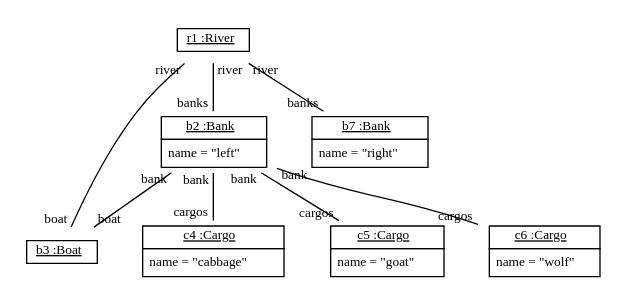
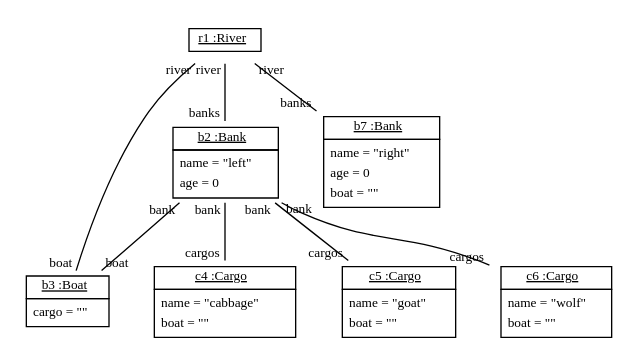
The diagram in doc/FerrymansProblemExample3.dot (fujaba/SDMLib), drawn with Graphviz before and after one commit. The commit also changed 78 other files, not shown here.

```diff
--- a/doc/FerrymansProblemExample3.dot
+++ b/doc/FerrymansProblemExample3.dot
@@ -1,21 +1,21 @@
 graph ObjectDiagram {
    node [shape = none, fontsize = 10];
    edge [fontsize = 10];
    compound=true;
 
 r1 [label=<<table border='0' cellborder='1' cellspacing='0'> <tr> <td href="../test/org/sdmlib/models/patterns/example/ferrmansproblem/River.java"> <u>r1 :River</u></td></tr></table>>];
-b2 [label=<<table border='0' cellborder='1' cellspacing='0'> <tr> <td href="../test/org/sdmlib/models/patterns/example/ferrmansproblem/Bank.java"> <u>b2 :Bank</u></td></tr><tr><td><table border='0' cellborder='0' cellspacing='0'><tr><td align='left'>name = "left"</td></tr></table></td></tr></table>>];
-b3 [label=<<table border='0' cellborder='1' cellspacing='0'> <tr> <td href="../test/org/sdmlib/models/patterns/example/ferrmansproblem/Boat.java"> <u>b3 :Boat</u></td></tr></table>>];
-c4 [label=<<table border='0' cellborder='1' cellspacing='0'> <tr> <td href="../test/org/sdmlib/models/patterns/example/ferrmansproblem/Cargo.java"> <u>c4 :Cargo</u></td></tr><tr><td><table border='0' cellborder='0' cellspacing='0'><tr><td align='left'>name = "cabbage"</td></tr></table></td></tr></table>>];
-c5 [label=<<table border='0' cellborder='1' cellspacing='0'> <tr> <td href="../test/org/sdmlib/models/patterns/example/ferrmansproblem/Cargo.java"> <u>c5 :Cargo</u></td></tr><tr><td><table border='0' cellborder='0' cellspacing='0'><tr><td align='left'>name = "goat"</td></tr></table></td></tr></table>>];
-c6 [label=<<table border='0' cellborder='1' cellspacing='0'> <tr> <td href="../test/org/sdmlib/models/patterns/example/ferrmansproblem/Cargo.java"> <u>c6 :Cargo</u></td></tr><tr><td><table border='0' cellborder='0' cellspacing='0'><tr><td align='left'>name = "wolf"</td></tr></table></td></tr></table>>];
-b7 [label=<<table border='0' cellborder='1' cellspacing='0'> <tr> <td href="../test/org/sdmlib/models/patterns/example/ferrmansproblem/Bank.java"> <u>b7 :Bank</u></td></tr><tr><td><table border='0' cellborder='0' cellspacing='0'><tr><td align='left'>name = "right"</td></tr></table></td></tr></table>>];
+b2 [label=<<table border='0' cellborder='1' cellspacing='0'> <tr> <td href="../test/org/sdmlib/models/patterns/example/ferrmansproblem/Bank.java"> <u>b2 :Bank</u></td></tr><tr><td><table border='0' cellborder='0' cellspacing='0'><tr><td align='left'>name = "left"</td></tr><tr><td align='left'>age = 0</td></tr></table></td></tr></table>>];
+b3 [label=<<table border='0' cellborder='1' cellspacing='0'> <tr> <td href="../test/org/sdmlib/models/patterns/example/ferrmansproblem/Boat.java"> <u>b3 :Boat</u></td></tr><tr><td><table border='0' cellborder='0' cellspacing='0'><tr><td align='left'>cargo = ""</td></tr></table></td></tr></table>>];
+c4 [label=<<table border='0' cellborder='1' cellspacing='0'> <tr> <td href="../test/org/sdmlib/models/patterns/example/ferrmansproblem/Cargo.java"> <u>c4 :Cargo</u></td></tr><tr><td><table border='0' cellborder='0' cellspacing='0'><tr><td align='left'>name = "cabbage"</td></tr><tr><td align='left'>boat = ""</td></tr></table></td></tr></table>>];
+c5 [label=<<table border='0' cellborder='1' cellspacing='0'> <tr> <td href="../test/org/sdmlib/models/patterns/example/ferrmansproblem/Cargo.java"> <u>c5 :Cargo</u></td></tr><tr><td><table border='0' cellborder='0' cellspacing='0'><tr><td align='left'>name = "goat"</td></tr><tr><td align='left'>boat = ""</td></tr></table></td></tr></table>>];
+c6 [label=<<table border='0' cellborder='1' cellspacing='0'> <tr> <td href="../test/org/sdmlib/models/patterns/example/ferrmansproblem/Cargo.java"> <u>c6 :Cargo</u></td></tr><tr><td><table border='0' cellborder='0' cellspacing='0'><tr><td align='left'>name = "wolf"</td></tr><tr><td align='left'>boat = ""</td></tr></table></td></tr></table>>];
+b7 [label=<<table border='0' cellborder='1' cellspacing='0'> <tr> <td href="../test/org/sdmlib/models/patterns/example/ferrmansproblem/Bank.java"> <u>b7 :Bank</u></td></tr><tr><td><table border='0' cellborder='0' cellspacing='0'><tr><td align='left'>name = "right"</td></tr><tr><td align='left'>age = 0</td></tr><tr><td align='left'>boat = ""</td></tr></table></td></tr></table>>];
 
 r1 -- b2 [headlabel = "banks" taillabel = "river"];
 r1 -- b7 [headlabel = "banks" taillabel = "river"];
 r1 -- b3 [headlabel = "boat" taillabel = "river"];
 b2 -- b3 [headlabel = "boat" taillabel = "bank"];
 b2 -- c4 [headlabel = "cargos" taillabel = "bank"];
 b2 -- c5 [headlabel = "cargos" taillabel = "bank"];
 b2 -- c6 [headlabel = "cargos" taillabel = "bank"];
 }
```
